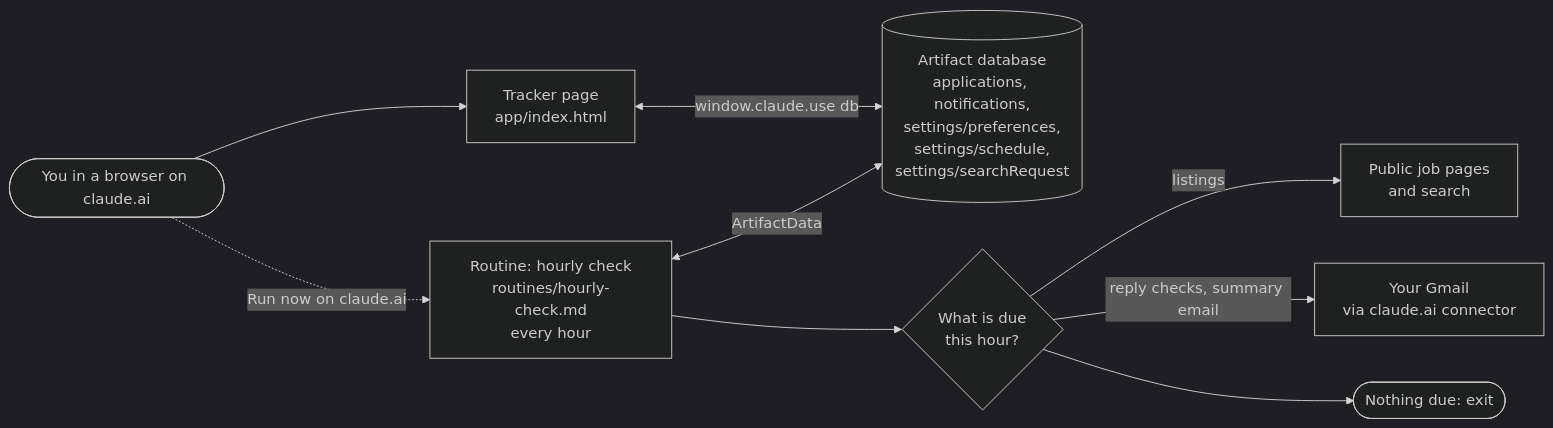
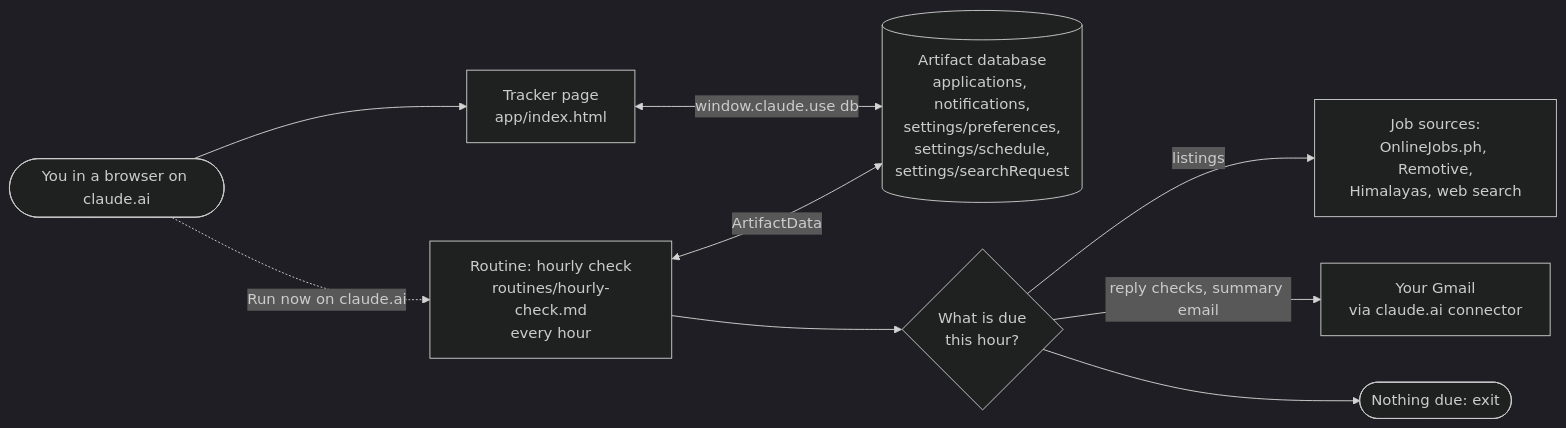
One commit to ramcoded/job-hunt-tracker changed the diagram in README.md. Above: the diagram before and after it, drawn with Mermaid (dark theme). The commit also changed other lines of this file and 5 other files, not shown here.

````diff
--- a/README.md
+++ b/README.md
@@ -33,20 +36,20 @@
 ```mermaid
 flowchart LR
   user([You in a browser on claude.ai])
   page[Tracker page<br/>app/index.html]
   db[(Artifact database<br/>applications, notifications,<br/>settings/preferences,<br/>settings/schedule,<br/>settings/searchRequest)]
   routine[Routine: hourly check<br/>routines/hourly-check.md<br/>every hour]
   due{What is due<br/>this hour?}
-  web[Public job pages<br/>and search]
+  web[Job sources:<br/>OnlineJobs.ph, Remotive,<br/>Himalayas, web search]
   gmail[Your Gmail<br/>via claude.ai connector]
   stop([Nothing due: exit])
 
   user --> page
   user -.->|Run now on claude.ai| routine
   page <-->|window.claude.use db| db
   routine <-->|ArtifactData| db
   routine --> due
   due -->|listings| web
   due -->|reply checks, summary email| gmail
   due --> stop
 ```
````
